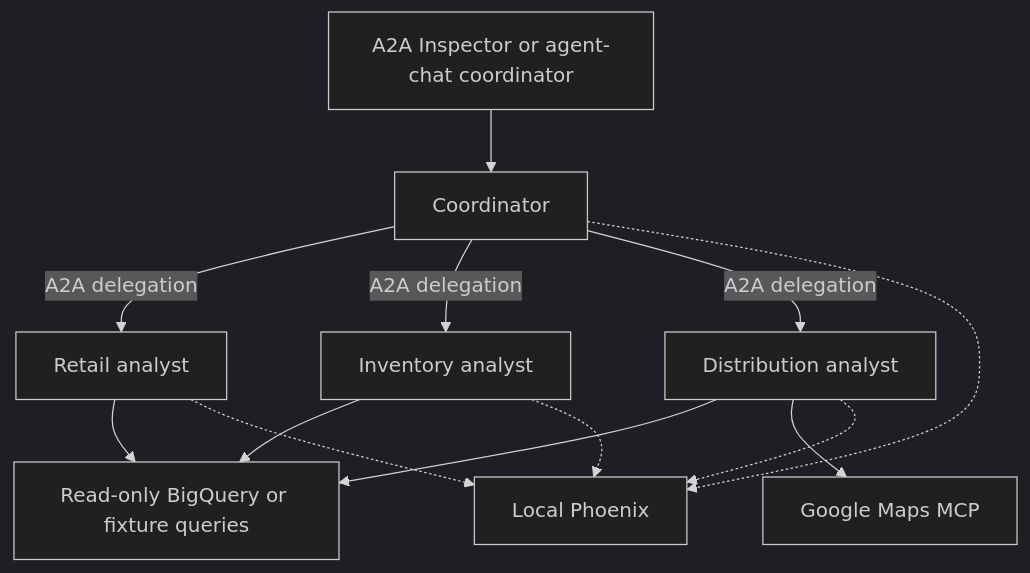
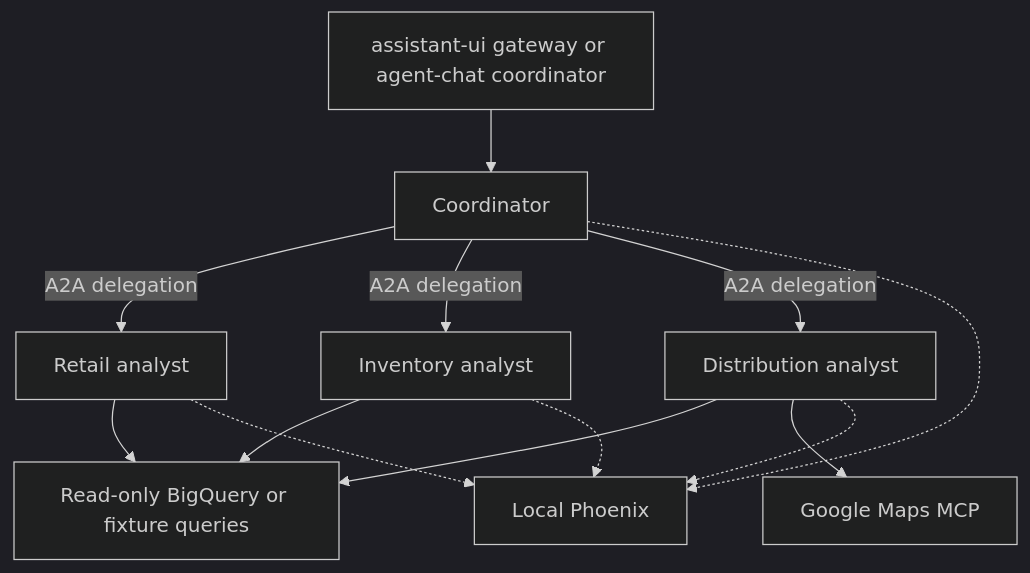
Before and after one commit to tymek100/opsfleet-task: the first of 3 diagrams in docs/architecture.md, drawn with Mermaid (dark theme). The commit also changed other lines of this file and 37 other files, not shown here.

````diff
--- a/docs/architecture.md
+++ b/docs/architecture.md
@@ -13,15 +13,15 @@
 ```mermaid
 flowchart TD
-    UI[A2A Inspector or agent-chat coordinator] --> C[Coordinator]
+    UI[assistant-ui gateway or agent-chat coordinator] --> C[Coordinator]
     C -->|A2A delegation| R[Retail analyst]
     C -->|A2A delegation| I[Inventory analyst]
     C -->|A2A delegation| D[Distribution analyst]
     R --> B[Read-only BigQuery or fixture queries]
     I --> B
     D --> B
     D --> M[Google Maps MCP]
     C -.-> P[Local Phoenix]
     R -.-> P
     I -.-> P
     D -.-> P
 ```
````
